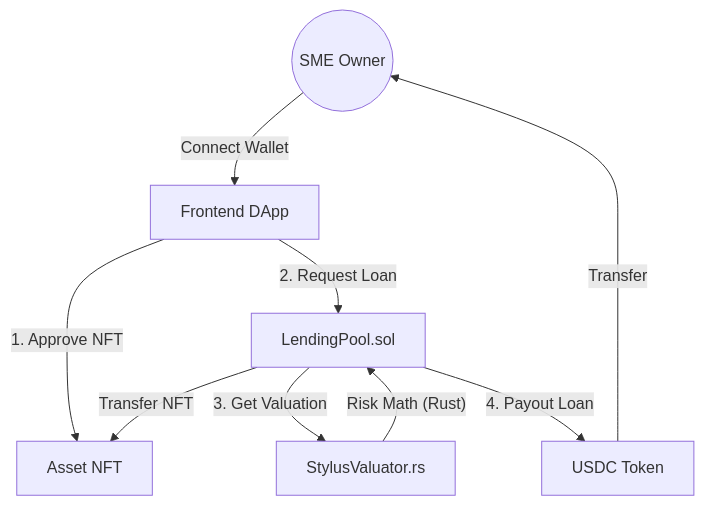
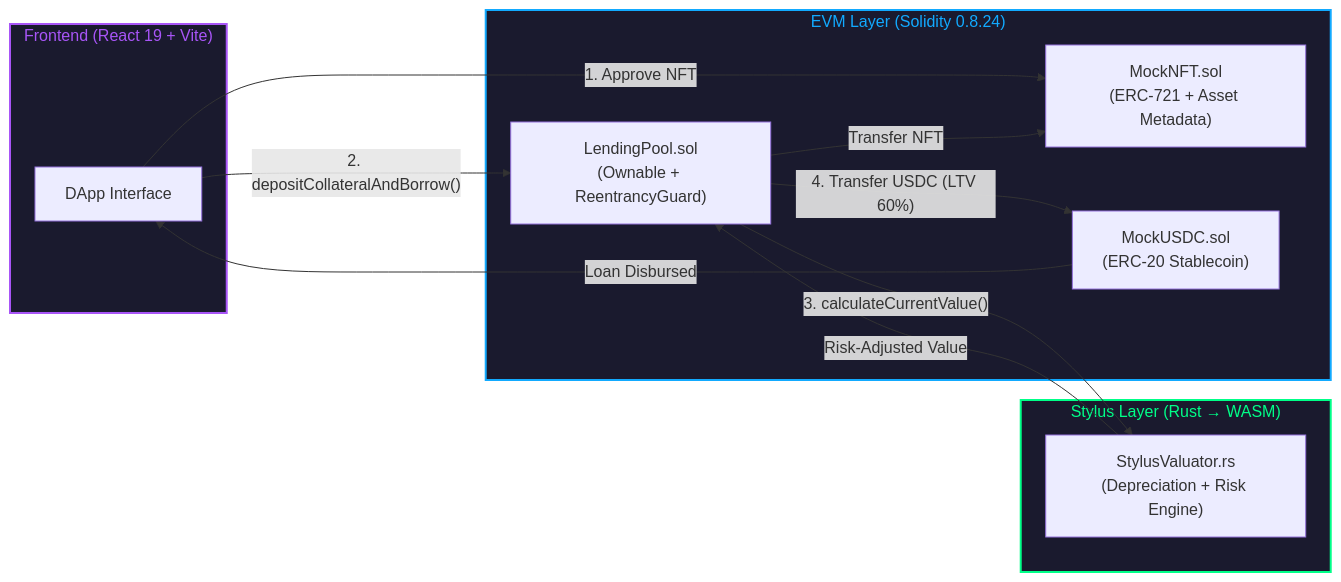
Before and after one commit to zzzbedream/CollateralX: the diagram in README.md, drawn with Mermaid. The commit also changed other lines of this file and 12 other files, not shown here.

````diff
--- a/README.md
+++ b/README.md
@@ -19,18 +30,28 @@
 ```mermaid
-graph TD
-    User((SME Owner))
-    UI[Frontend DApp]
-    LP[LendingPool.sol]
-    SV[StylusValuator.rs]
-    NFT[Asset NFT]
-    USDC[USDC Token]
+flowchart LR
+    subgraph Frontend["Frontend (React 19 + Vite)"]
+        UI[DApp Interface]
+    end
 
-    User -->|Connect Wallet| UI
-    UI -->|1. Approve NFT| NFT
-    UI -->|2. Request Loan| LP
-    LP -->|Transfer NFT| NFT
-    LP -->|3. Get Valuation| SV
-    SV --"Risk Math (Rust)"--> LP
-    LP -->|4. Payout Loan| USDC
-    USDC -->|Transfer| User
+    subgraph EVM["EVM Layer (Solidity 0.8.24)"]
+        LP["LendingPool.sol\n(Ownable + ReentrancyGuard)"]
+        NFT["MockNFT.sol\n(ERC-721 + Asset Metadata)"]
+        USDC["MockUSDC.sol\n(ERC-20 Stablecoin)"]
+    end
+
+    subgraph Stylus["Stylus Layer (Rust → WASM)"]
+        SV["StylusValuator.rs\n(Depreciation + Risk Engine)"]
+    end
+
+    UI -->|"1. Approve NFT"| NFT
+    UI -->|"2. depositCollateralAndBorrow()"| LP
+    LP -->|"Transfer NFT"| NFT
+    LP -->|"3. calculateCurrentValue()"| SV
+    SV -->|"Risk-Adjusted Value"| LP
+    LP -->|"4. Transfer USDC (LTV 60%)"| USDC
+    USDC -->|"Loan Disbursed"| UI
+
+    style Stylus fill:#1a1a2e,stroke:#00FF88,stroke-width:2px,color:#00FF88
+    style EVM fill:#1a1a2e,stroke:#12AAFF,stroke-width:2px,color:#12AAFF
+    style Frontend fill:#1a1a2e,stroke:#A855F7,stroke-width:2px,color:#A855F7
 ```
````
